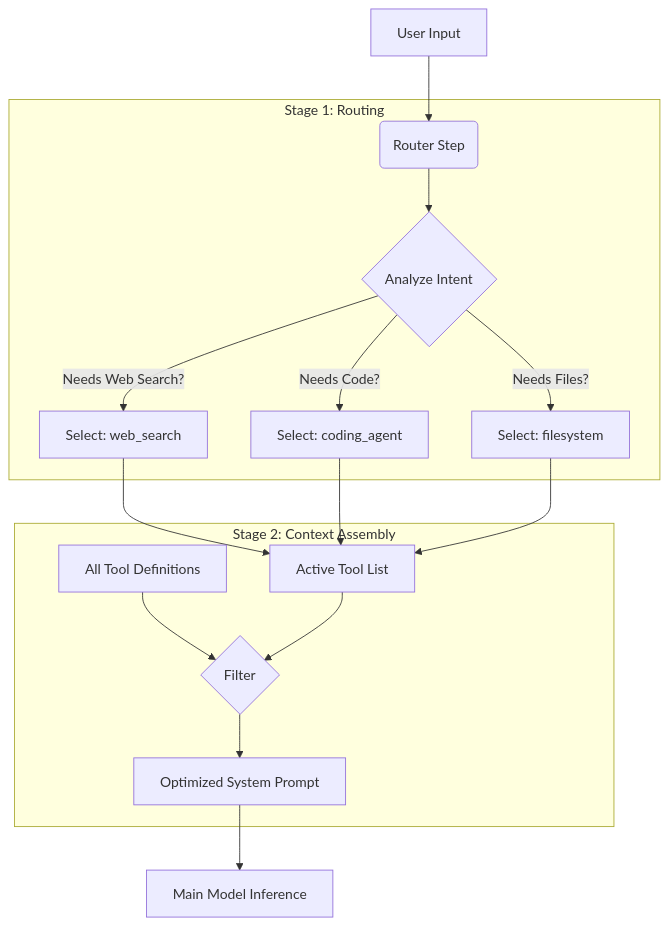
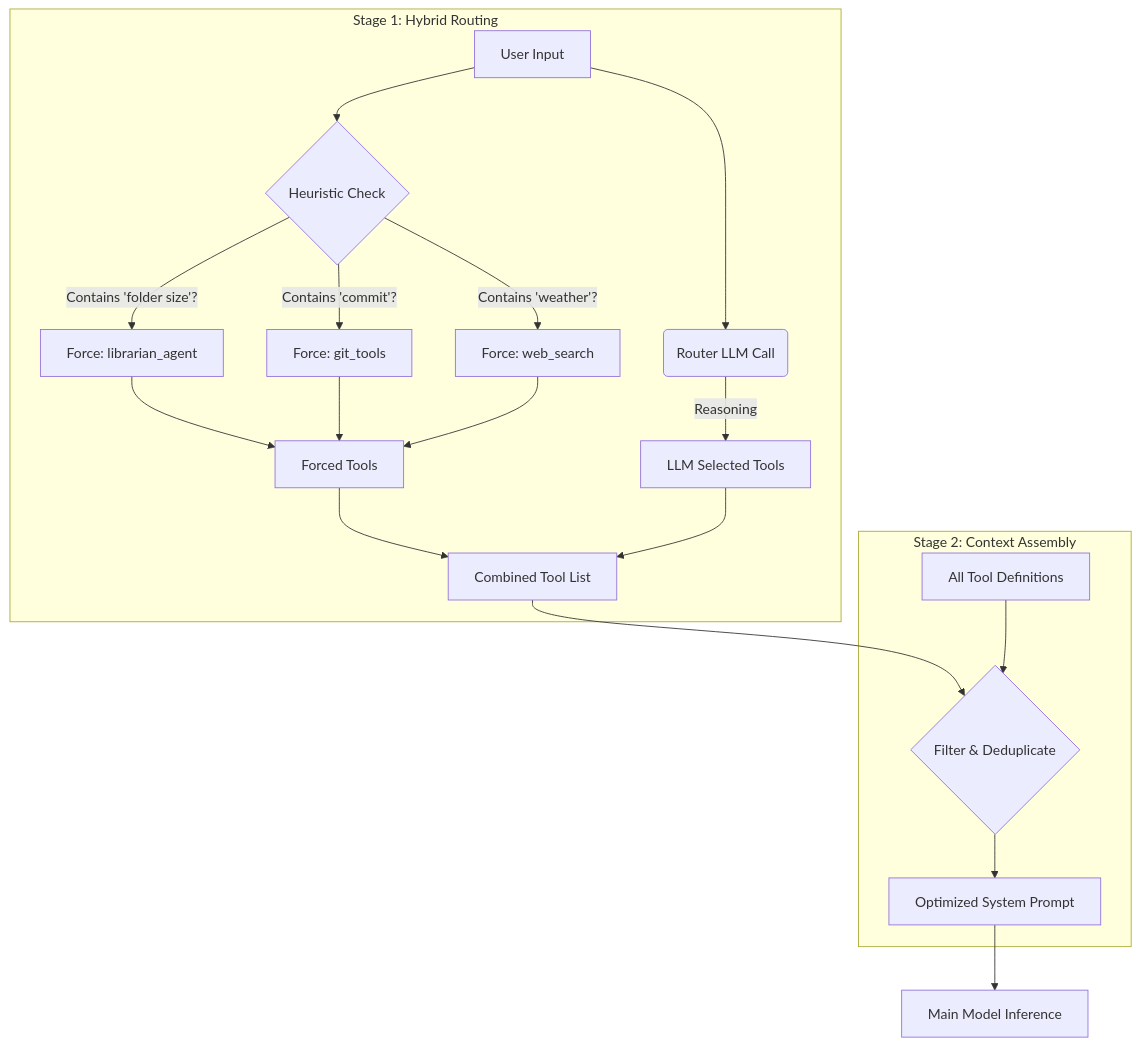
One commit to Veyllo-Labs/VAF changed the diagram in docs/TOOL_ROUTER_ARCHITECTURE.md. Above: the diagram before and after it, drawn with Mermaid. The commit also changed other lines of this file and 1 other file, not shown here.

First line of the commit message:
Refine context management documentation and update tool routing architecture

````diff
--- a/docs/TOOL_ROUTER_ARCHITECTURE.md
+++ b/docs/TOOL_ROUTER_ARCHITECTURE.md
@@ -22,20 +22,24 @@
 ```mermaid
 graph TD
-    A[User Input] --> B(Router Step)
+    A[User Input] --> B{Heuristic Check}
     
-    subgraph "Stage 1: Routing"
-    B --> C{Analyze Intent}
-    C -- "Needs Web Search?" --> D[Select: web_search]
-    C -- "Needs Code?" --> E[Select: coding_agent]
-    C -- "Needs Files?" --> F[Select: filesystem]
+    subgraph "Stage 1: Hybrid Routing"
+    B -- "Contains 'folder size'?" --> C[Force: librarian_agent]
+    B -- "Contains 'commit'?" --> D[Force: git_tools]
+    B -- "Contains 'weather'?" --> E[Force: web_search]
+    
+    A --> F(Router LLM Call)
+    F -- "Reasoning" --> G[LLM Selected Tools]
+    
+    C & D & E --> H[Forced Tools]
+    H & G --> I[Combined Tool List]
     end
     
     subgraph "Stage 2: Context Assembly"
-    D & E & F --> G[Active Tool List]
-    H[All Tool Definitions] --> I{Filter}
-    G --> I
-    I --> J[Optimized System Prompt]
+    I --> J{Filter & Deduplicate}
+    K[All Tool Definitions] --> J
+    J --> L[Optimized System Prompt]
     end
     
-    J --> K[Main Model Inference]
+    L --> M[Main Model Inference]
 ```
````
